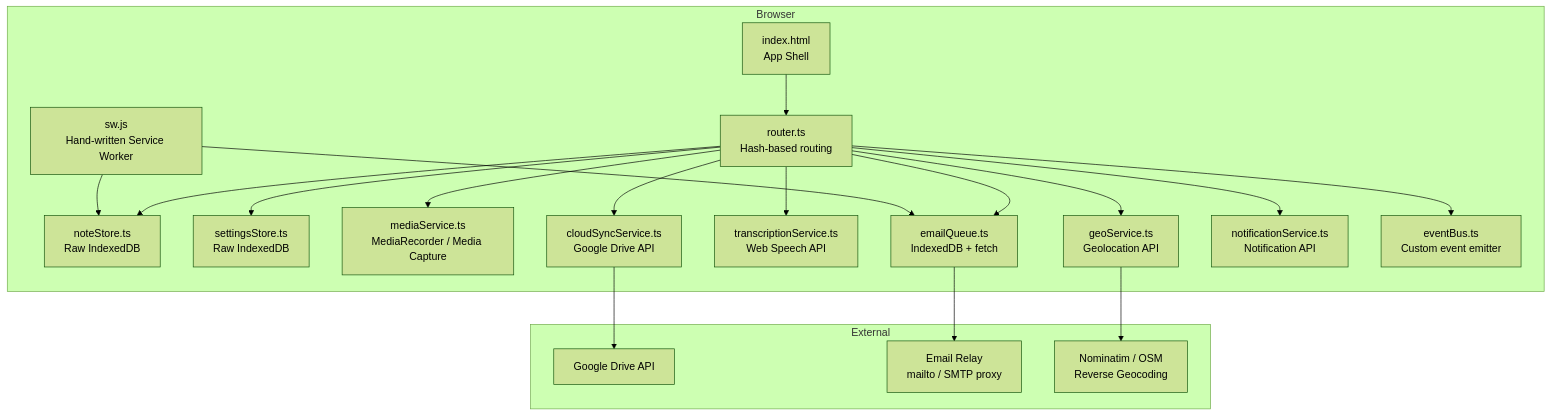
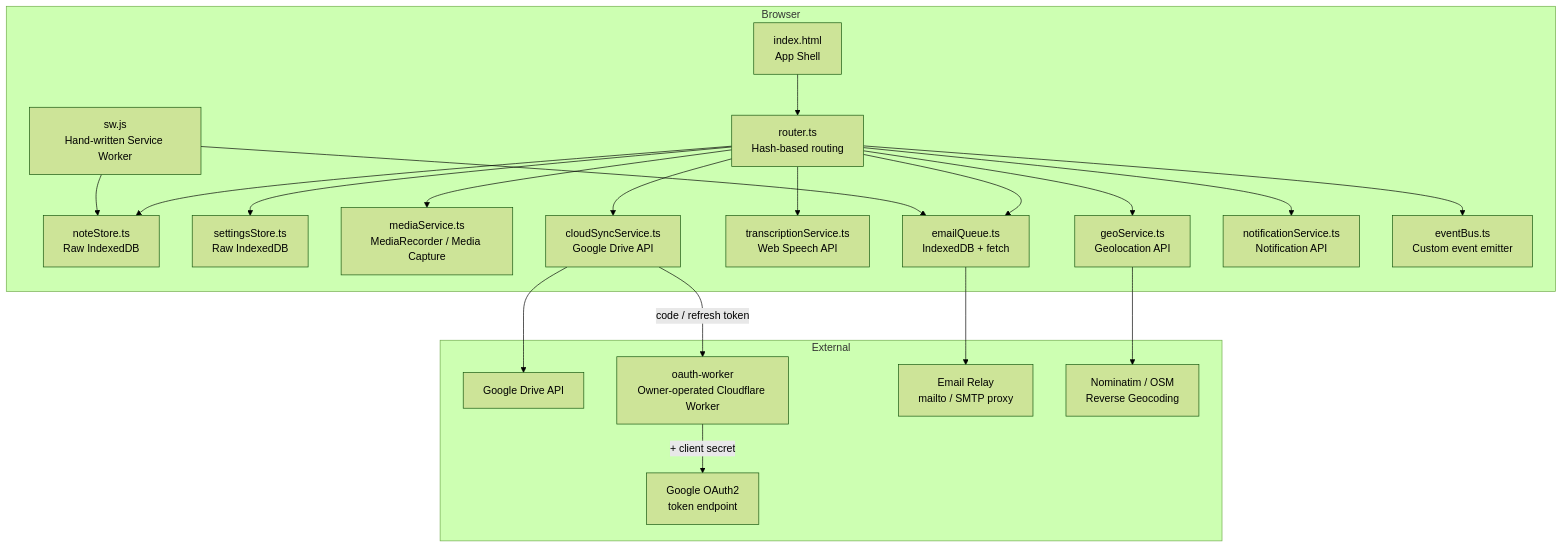
The diagram in .kiro/specs/e-handkerchief/design.md (sescc/e-handkerchief), drawn with Mermaid (forest theme) before and after one commit. The commit also changed other lines of this file and 13 other files, not shown here.

Commit message:
Broker Google OAuth token exchange/refresh through owner-operated oauth-worker, auto-refresh Drive tokens, and queue uploads on any failure

````diff
--- a/.kiro/specs/e-handkerchief/design.md
+++ b/.kiro/specs/e-handkerchief/design.md
@@ -15,39 +15,43 @@
 ```mermaid
 graph TD
     subgraph Browser
         HTML[index.html<br/>App Shell]
         Router[router.ts<br/>Hash-based routing]
         NoteStore[noteStore.ts<br/>Raw IndexedDB]
         SettingsStore[settingsStore.ts<br/>Raw IndexedDB]
         MediaService[mediaService.ts<br/>MediaRecorder / Media Capture]
         GeoService[geoService.ts<br/>Geolocation API]
         TranscriptionService[transcriptionService.ts<br/>Web Speech API]
         EmailQueue[emailQueue.ts<br/>IndexedDB + fetch]
         CloudSync[cloudSyncService.ts<br/>Google Drive API]
         NotifService[notificationService.ts<br/>Notification API]
         EventBus[eventBus.ts<br/>Custom event emitter]
         SW[sw.js<br/>Hand-written Service Worker]
     end
 
     subgraph External
         GDrive[Google Drive API]
+        OAuthWorker[oauth-worker<br/>Owner-operated Cloudflare Worker]
+        GoogleToken[Google OAuth2<br/>token endpoint]
         EmailRelay[Email Relay<br/>mailto / SMTP proxy]
         ReverseGeo[Nominatim / OSM<br/>Reverse Geocoding]
     end
 
     HTML --> Router
     Router --> NoteStore
     Router --> SettingsStore
     Router --> MediaService
     Router --> GeoService
     Router --> TranscriptionService
     Router --> EmailQueue
     Router --> CloudSync
     Router --> NotifService
     Router --> EventBus
     SW --> NoteStore
     SW --> EmailQueue
     CloudSync --> GDrive
+    CloudSync -->|code / refresh token| OAuthWorker
+    OAuthWorker -->|+ client secret| GoogleToken
     EmailQueue --> EmailRelay
     GeoService --> ReverseGeo
 ```
````
